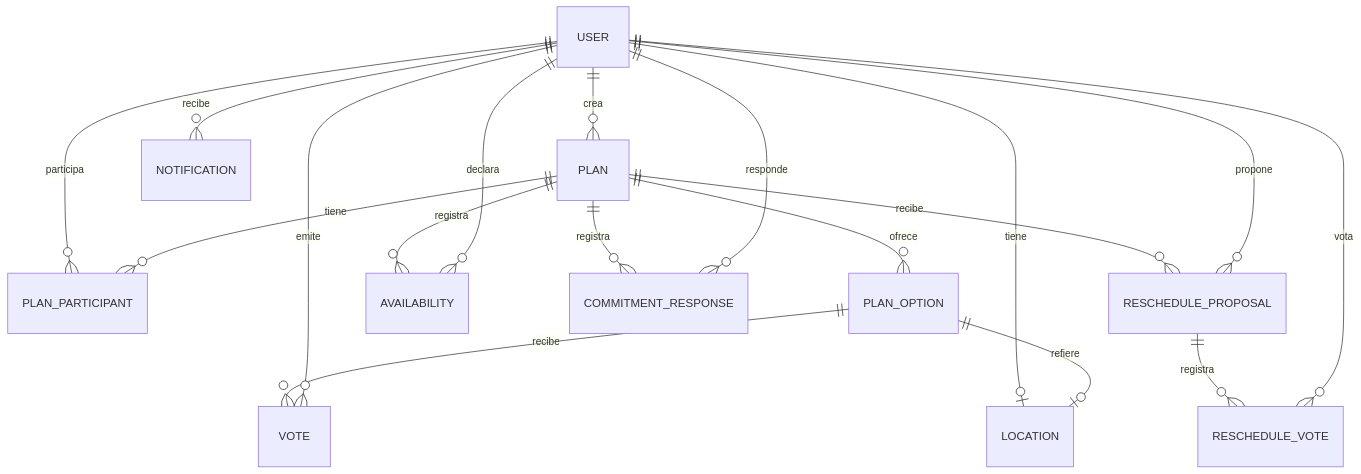
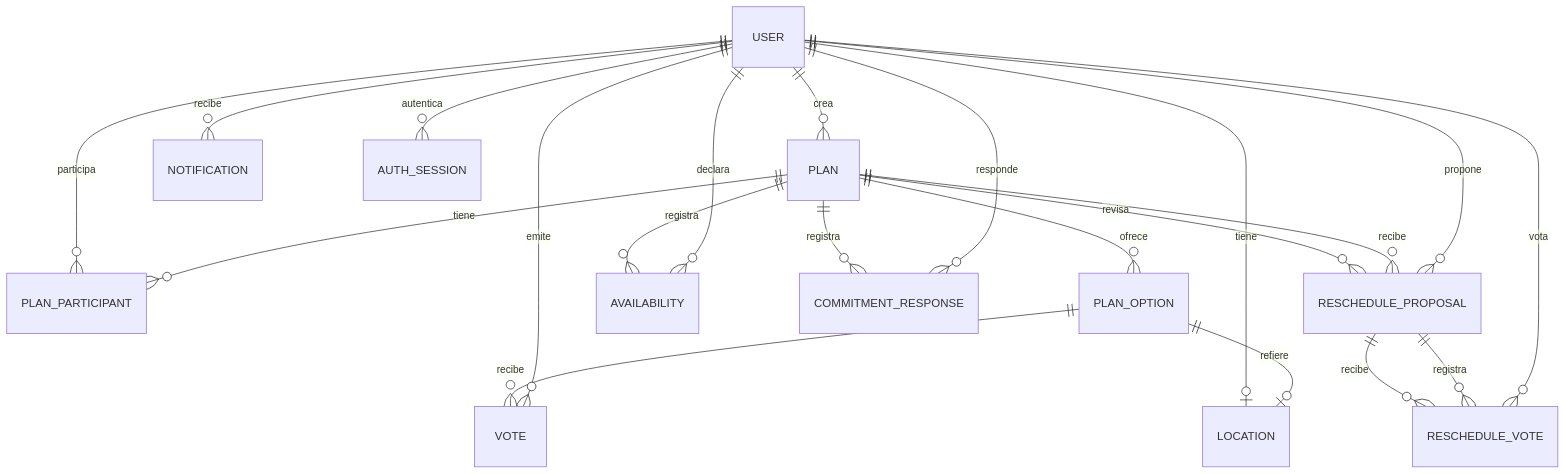
The second of 2 diagrams in README.md (Adrian0raffo/QSale), drawn with Mermaid before and after one commit. The commit also changed other lines of this file and 10 other files, not shown here.

````diff
--- a/README.md
+++ b/README.md
@@ -116,20 +103,23 @@
 ```mermaid
 erDiagram
     USER ||--o{ PLAN : crea
     USER ||--o{ PLAN_PARTICIPANT : participa
     PLAN ||--o{ PLAN_PARTICIPANT : tiene
     PLAN ||--o{ PLAN_OPTION : ofrece
     PLAN_OPTION ||--o{ VOTE : recibe
     USER ||--o{ VOTE : emite
     PLAN ||--o{ AVAILABILITY : registra
     USER ||--o{ AVAILABILITY : declara
     PLAN ||--o{ COMMITMENT_RESPONSE : registra
     USER ||--o{ COMMITMENT_RESPONSE : responde
     USER ||--o{ NOTIFICATION : recibe
     USER ||--o| LOCATION : tiene
     PLAN_OPTION ||--o| LOCATION : refiere
+    USER ||--o{ AUTH_SESSION : autentica
+    PLAN ||--o{ RESCHEDULE_PROPOSAL : revisa
+    RESCHEDULE_PROPOSAL ||--o{ RESCHEDULE_VOTE : recibe
     PLAN ||--o{ RESCHEDULE_PROPOSAL : recibe
     USER ||--o{ RESCHEDULE_PROPOSAL : propone
     RESCHEDULE_PROPOSAL ||--o{ RESCHEDULE_VOTE : registra
     USER ||--o{ RESCHEDULE_VOTE : vota
 ```
````
